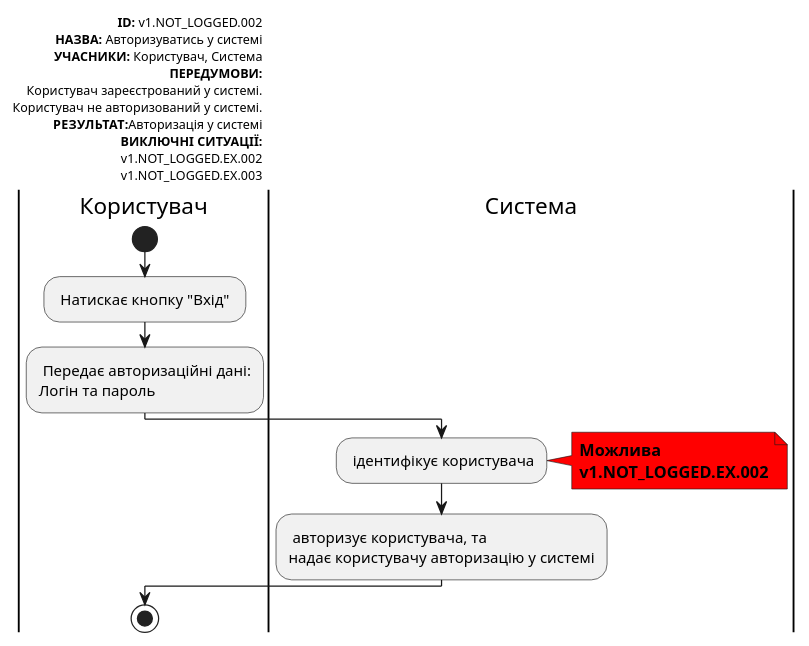
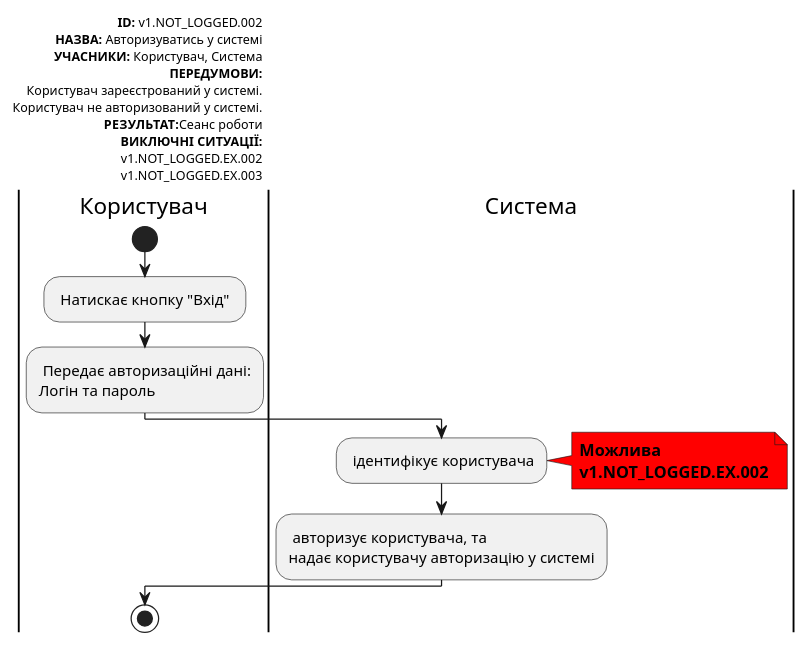
The second of 4 diagrams in docs/use cases/README.md (danilbezus/survey-expert), drawn with PlantUML before and after one commit.

```diff
--- a/docs/use cases/README.md
+++ b/docs/use cases/README.md
@@ -53,36 +53,36 @@
 @startuml
 
     left header
          <font color=000 size=10><b>ID:</b> v1.NOT_LOGGED.002
          <font color=000 size=10><b>НАЗВА:</b> Авторизуватись у системі
          <font color=000 size=10><b>УЧАСНИКИ:</b> Користувач, Система 
          <font color=000 size=10><b>ПЕРЕДУМОВИ:</b>
          <font color=000 size=10>Користувач зареєстрований у системі.
          <font color=000 size=10>Користувач не авторизований у системі.
-         <font color=000 size=10><b>РЕЗУЛЬТАТ:</b>Авторизація у системі
+         <font color=000 size=10><b>РЕЗУЛЬТАТ:</b>Сеанс роботи
          <font color=000 size=10><b>ВИКЛЮЧНІ СИТУАЦІЇ:</b> 
          <font color=000 size=10>v1.NOT_LOGGED.EX.002
          <font color=000 size=10>v1.NOT_LOGGED.EX.003
      end header
      
      |Користувач|
          start
          : Натискає кнопку "Вхід" ;
          : Передає авторизаційні дані:
          Логін та пароль;
          
      |Система|
          : ідентифікує користувача;
          
          note right #ff0000
          <b>Можлива</b>
          <b>v1.NOT_LOGGED.EX.002</b>
          end note
          
          : авторизує користувача, та
          надає користувачу авторизацію у системі;
          
          
      |Користувач|
          stop;
 @enduml
```
